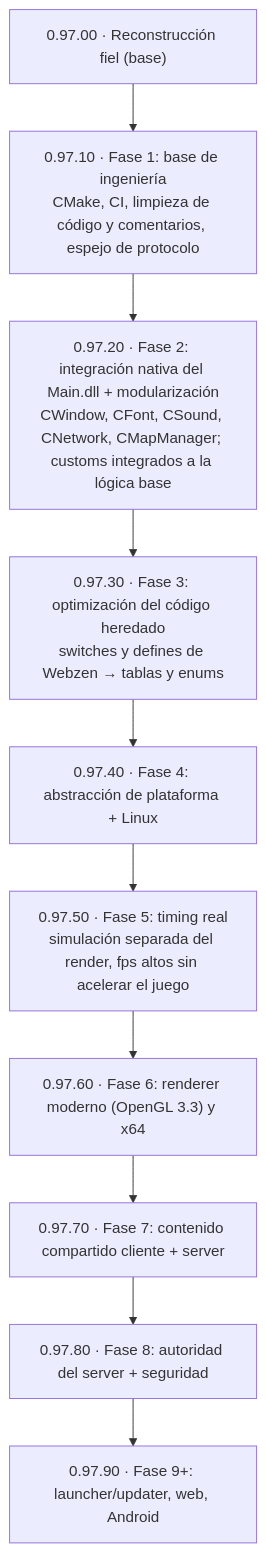
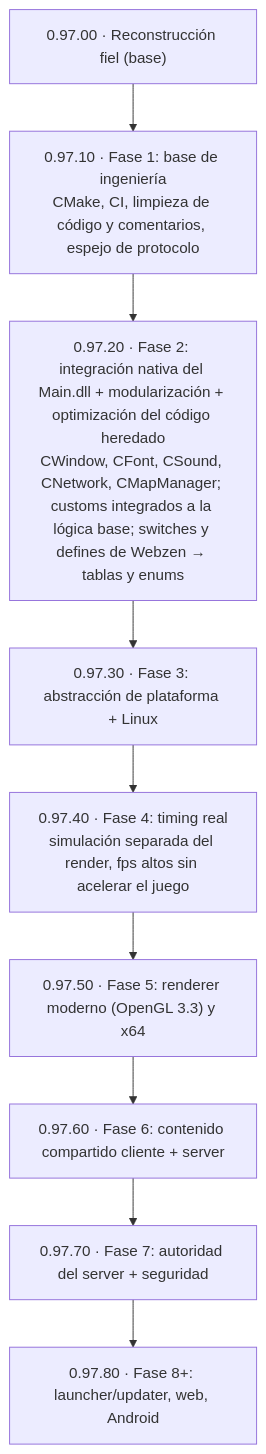
Before and after one commit to EmanuelCatania/Mu-97k-Client-Source: the first of 2 diagrams in README.md, drawn with Mermaid. The commit also changed 3 other files, not shown here.

First line of the commit message:
README: la optimización del código heredado entra en la Fase 2

````diff
--- a/README.md
+++ b/README.md
@@ -536,13 +536,12 @@
 ```mermaid
 flowchart TD
     F0["0.97.00 · Reconstrucción fiel (base)"] --> F1
     F1["0.97.10 · Fase 1: base de ingeniería<br/>CMake, CI, limpieza de código y comentarios, espejo de protocolo"] --> F2
-    F2["0.97.20 · Fase 2: integración nativa del Main.dll + modularización<br/>CWindow, CFont, CSound, CNetwork, CMapManager; customs integrados a la lógica base"] --> F3
-    F3["0.97.30 · Fase 3: optimización del código heredado<br/>switches y defines de Webzen → tablas y enums"] --> F4
-    F4["0.97.40 · Fase 4: abstracción de plataforma + Linux"] --> F5
-    F5["0.97.50 · Fase 5: timing real<br/>simulación separada del render, fps altos sin acelerar el juego"] --> F6
-    F6["0.97.60 · Fase 6: renderer moderno (OpenGL 3.3) y x64"] --> F7
-    F7["0.97.70 · Fase 7: contenido compartido cliente + server"] --> F8
-    F8["0.97.80 · Fase 8: autoridad del server + seguridad"] --> F9
-    F9["0.97.90 · Fase 9+: launcher/updater, web, Android"]
+    F2["0.97.20 · Fase 2: integración nativa del Main.dll + modularización + optimización del código heredado<br/>CWindow, CFont, CSound, CNetwork, CMapManager; customs integrados a la lógica base; switches y defines de Webzen → tablas y enums"] --> F3
+    F3["0.97.30 · Fase 3: abstracción de plataforma + Linux"] --> F4
+    F4["0.97.40 · Fase 4: timing real<br/>simulación separada del render, fps altos sin acelerar el juego"] --> F5
+    F5["0.97.50 · Fase 5: renderer moderno (OpenGL 3.3) y x64"] --> F6
+    F6["0.97.60 · Fase 6: contenido compartido cliente + server"] --> F7
+    F7["0.97.70 · Fase 7: autoridad del server + seguridad"] --> F8
+    F8["0.97.80 · Fase 8+: launcher/updater, web, Android"]
 ```
````
